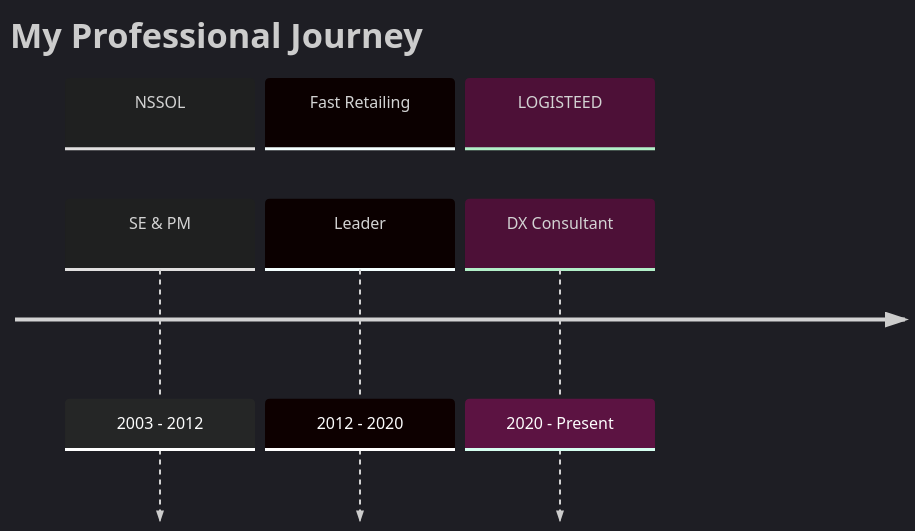
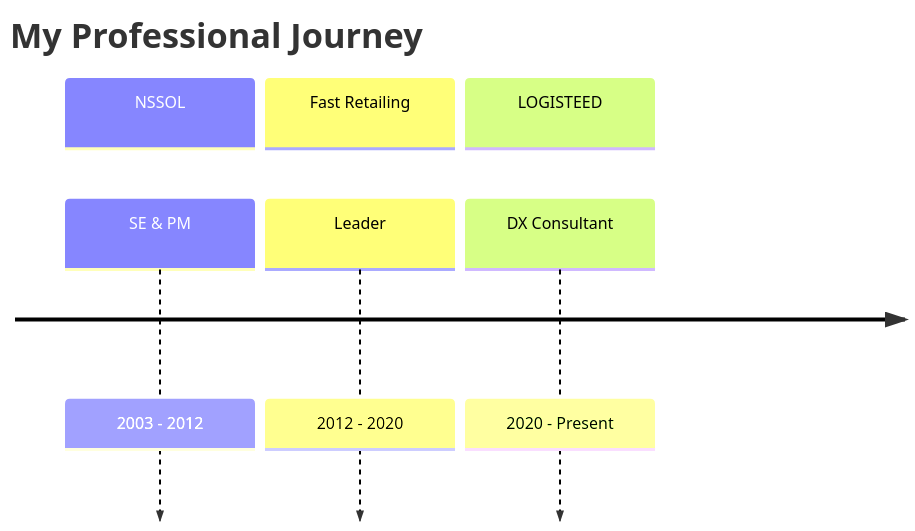
Before and after one commit to miumigy/miumigy: the diagram in README.md, drawn with Mermaid.

Commit message:
README.md を更新

````diff
--- a/README.md
+++ b/README.md
@@ -14,11 +14,10 @@
 ```mermaid
-%%{init: {'theme': 'dark'}}%%
 timeline
     title My Professional Journey
     section NSSOL
         SE & PM : 2003 - 2012
     section Fast Retailing
         Leader : 2012 - 2020
     section LOGISTEED
         DX Consultant : 2020 - Present
 ```
````
